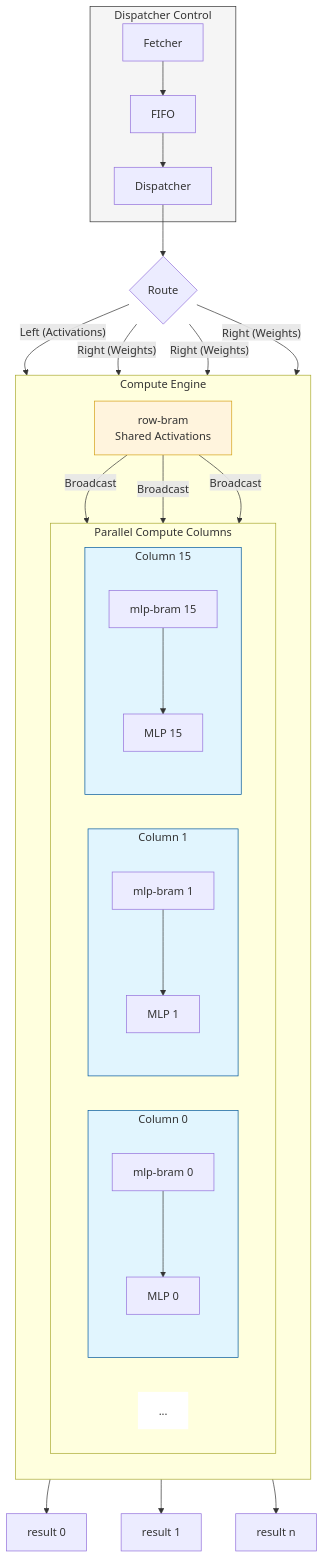
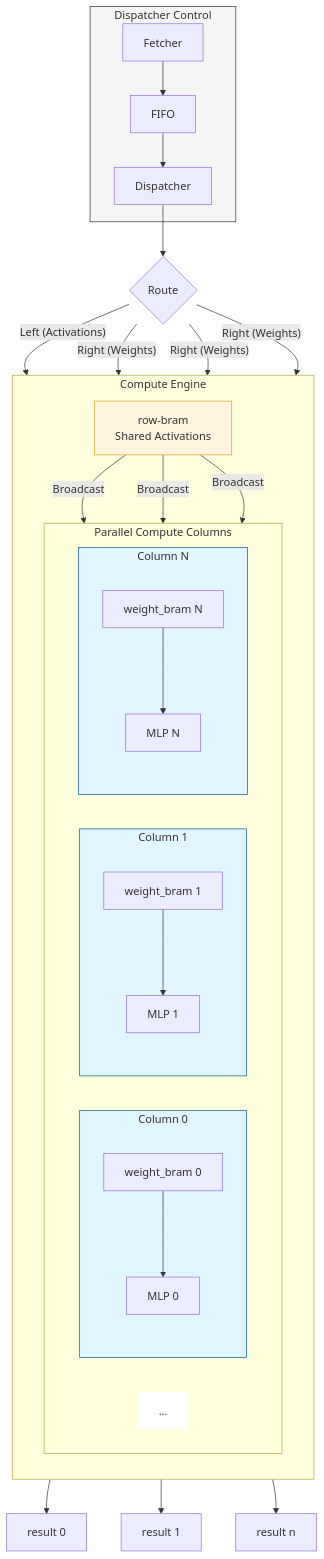
Before and after one commit to junhao-elastix/elastix_gemm: the second of 2 diagrams in gemm/MULTI_ROW_REFERENCE.md, drawn with Mermaid. The commit also changed other lines of this file and 214 other files, not shown here.

````diff
--- a/gemm/MULTI_ROW_REFERENCE.md
+++ b/gemm/MULTI_ROW_REFERENCE.md
@@ -548,63 +745,63 @@
 ```mermaid
 graph TD
     %% Dispatcher Control Internal
     subgraph DC [Dispatcher Control]
         Fetcher --> FIFO
         FIFO --> Dispatcher
     end
 
     %% Routing Logic
     Dispatcher --> Split{Route}
     
     %% Compute Engine Context
     subgraph CE [Compute Engine]
         direction TB
         
         %% Shared Memory (Outside Columns)
         RowBRAM[row-bram <br/> Shared Activations]
         
         %% Tightly Coupled Columns
         subgraph Columns [Parallel Compute Columns]
             direction LR
             
             subgraph Col0 [Column 0]
                 direction TB
-                B0[mlp-bram 0] --> M0[MLP 0]
+                B0[weight_bram 0] --> M0[MLP 0]
             end
 
             subgraph Col1 [Column 1]
                 direction TB
-                B1[mlp-bram 1] --> M1[MLP 1]
+                B1[weight_bram 1] --> M1[MLP 1]
             end
 
             ColDots[...]
 
-            subgraph ColN [Column 15]
+            subgraph ColN [Column N]
                 direction TB
-                BN[mlp-bram 15] --> MN[MLP 15]
+                BN[weight_bram N] --> MN[MLP N]
             end
         end
     end
 
     %% Dispatch Routing
     Split -- "Left (Activations)" --> RowBRAM
     Split -- "Right (Weights)" --> B0 & B1 & BN
 
     %% Row BRAM Broadcast to MLPs
     RowBRAM --> |Broadcast| M0
     RowBRAM --> |Broadcast| M1
     RowBRAM --> |Broadcast| MN
 
     %% Results Connections
     M0 --> R0[result 0]
     M1 --> R1[result 1]
     MN --> RN[result n]
 
     %% Styling
     style RowBRAM fill:#fff4dd,stroke:#d4a017
     style DC fill:#f5f5f5,stroke:#333
     style Col0 fill:#e1f5fe,stroke:#01579b
     style Col1 fill:#e1f5fe,stroke:#01579b
     style ColN fill:#e1f5fe,stroke:#01579b
     style ColDots fill:#fff,stroke:none
 ```
````
